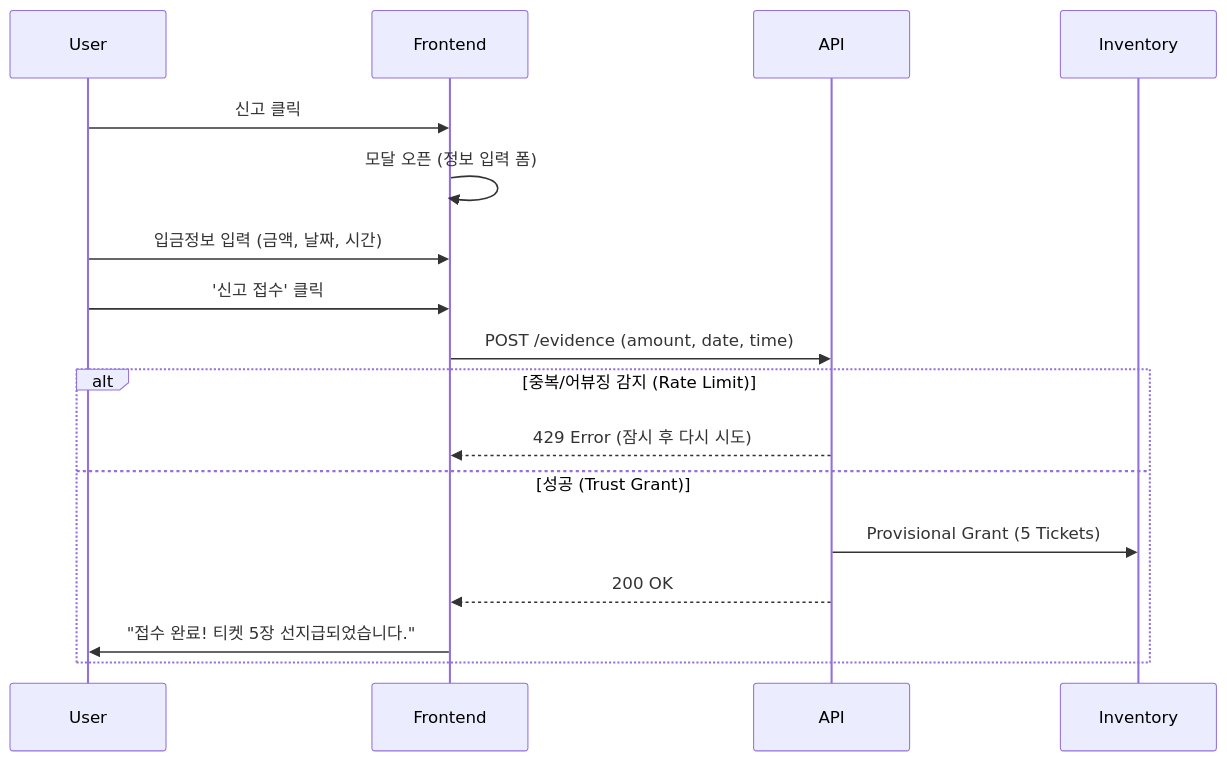
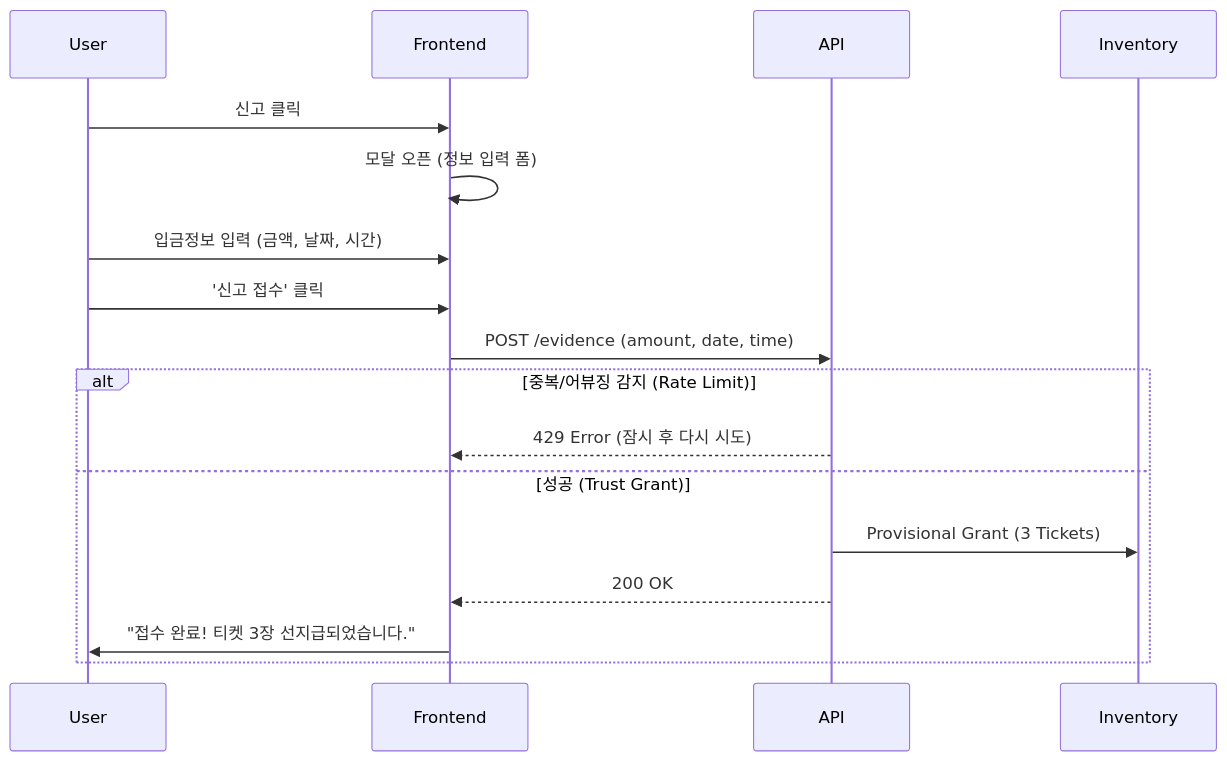
Before and after one commit to heyjinjung/ch25: the diagram in docs/soT/user/변경로그/15.latency_survival_spec.md, drawn with Mermaid. The commit also changed other lines of this file and 28 other files, not shown here.

````diff
--- a/docs/soT/user/변경로그/15.latency_survival_spec.md
+++ b/docs/soT/user/변경로그/15.latency_survival_spec.md
@@ -108,22 +108,22 @@
 ```mermaid
 sequenceDiagram
     participant User
     participant Frontend
     participant API
     participant Inventory
 
     User->>Frontend: 신고 클릭
     Frontend->>Frontend: 모달 오픈 (정보 입력 폼)
     
     User->>Frontend: 입금정보 입력 (금액, 날짜, 시간)
     User->>Frontend: '신고 접수' 클릭
     Frontend->>API: POST /evidence (amount, date, time)
     
     alt 중복/어뷰징 감지 (Rate Limit)
         API-->>Frontend: 429 Error (잠시 후 다시 시도)
     else 성공 (Trust Grant)
-        API->>Inventory: Provisional Grant (5 Tickets)
+        API->>Inventory: Provisional Grant (3 Tickets)
         API-->>Frontend: 200 OK
-        Frontend->>User: "접수 완료! 티켓 5장 선지급되었습니다."
+        Frontend->>User: "접수 완료! 티켓 3장 선지급되었습니다."
     end
 ```
````
